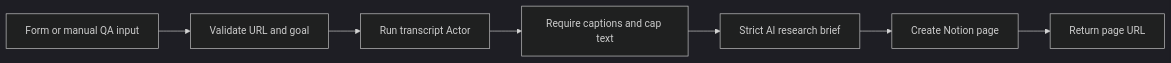
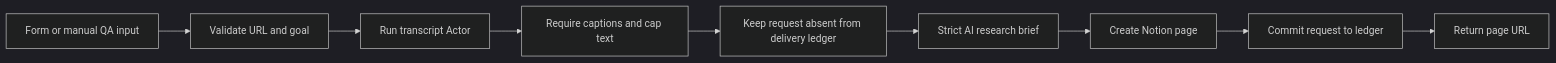
Before and after one commit to annamiy/fetchcat-n8n-workflows: the diagram in workflows/youtube-research-brief-to-notion/README.md, drawn with Mermaid (dark theme). The commit also changed other lines of this file and 26 other files, not shown here.

````diff
--- a/workflows/youtube-research-brief-to-notion/README.md
+++ b/workflows/youtube-research-brief-to-notion/README.md
@@ -27,9 +31,11 @@
 ```mermaid
 flowchart LR
   F[Form or manual QA input] --> V[Validate URL and goal]
   V --> A[Run transcript Actor]
   A --> C[Require captions and cap text]
-  C --> O[Strict AI research brief]
+  C --> D[Keep request absent from delivery ledger]
+  D --> O[Strict AI research brief]
   O --> N[Create Notion page]
-  N --> R[Return page URL]
+  N --> L[Commit request to ledger]
+  L --> R[Return page URL]
 ```
````
